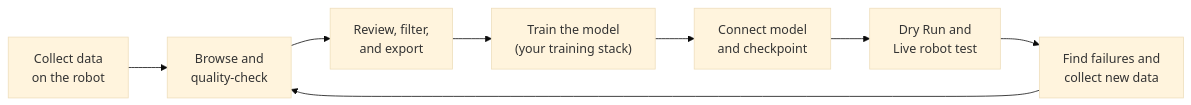
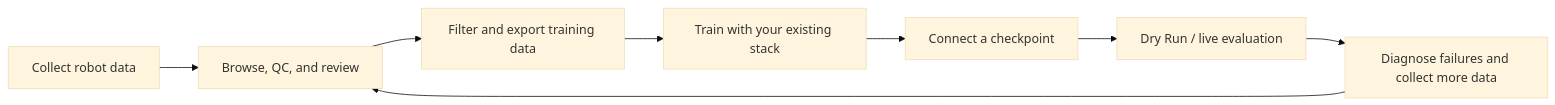
The diagram in README.md (eddyLfan/Embodit), drawn with Mermaid (base theme) before and after one commit. The commit also changed other lines of this file and 16 other files, not shown here.

````diff
--- a/README.md
+++ b/README.md
@@ -24,10 +17,10 @@
 ```mermaid
 flowchart LR
-    A["Collect data<br/>on the robot"] --> B["Browse and<br/>quality-check"]
-    B --> C["Review, filter,<br/>and export"]
-    C --> D["Train the model<br/>(your training stack)"]
-    D --> E["Connect model<br/>and checkpoint"]
-    E --> F["Dry Run and<br/>Live robot test"]
-    F --> G["Find failures and<br/>collect new data"]
+    A["Collect robot data"] --> B["Browse, QC, and review"]
+    B --> C["Filter and export training data"]
+    C --> D["Train with your existing stack"]
+    D --> E["Connect a checkpoint"]
+    E --> F["Dry Run / live evaluation"]
+    F --> G["Diagnose failures and collect more data"]
     G --> B
 ```
````
